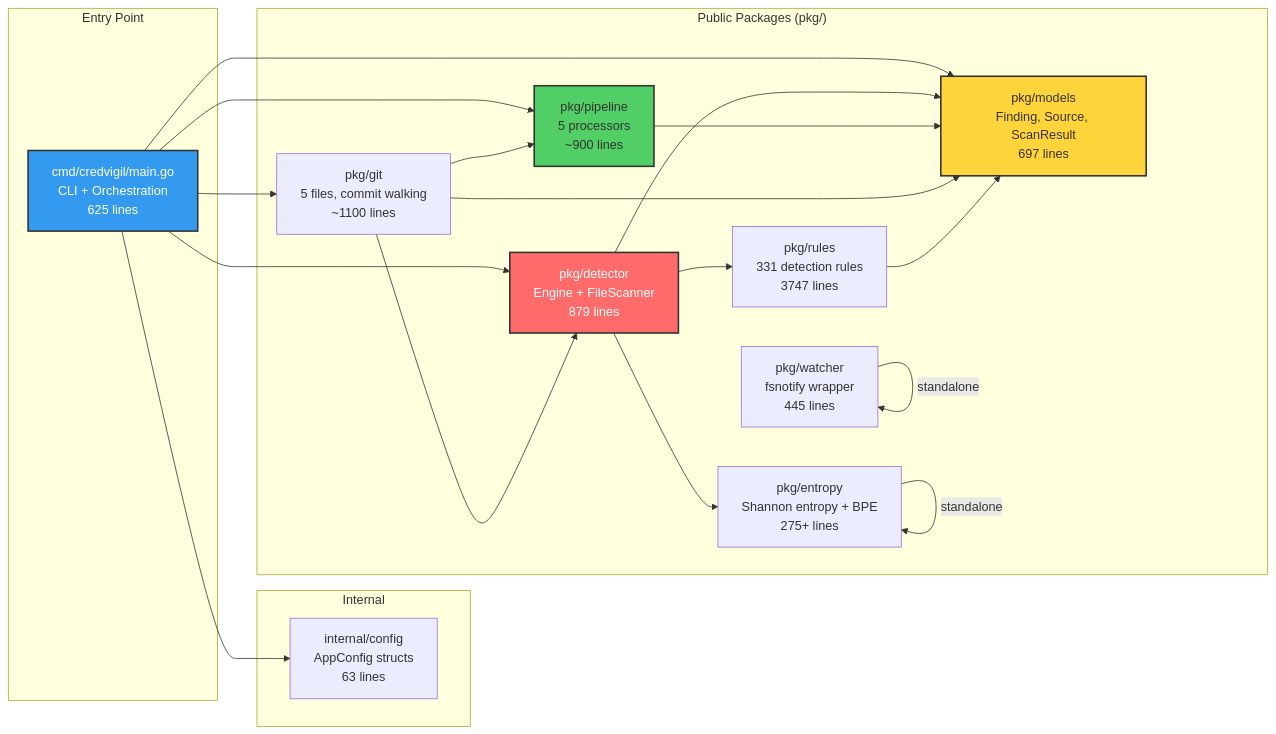
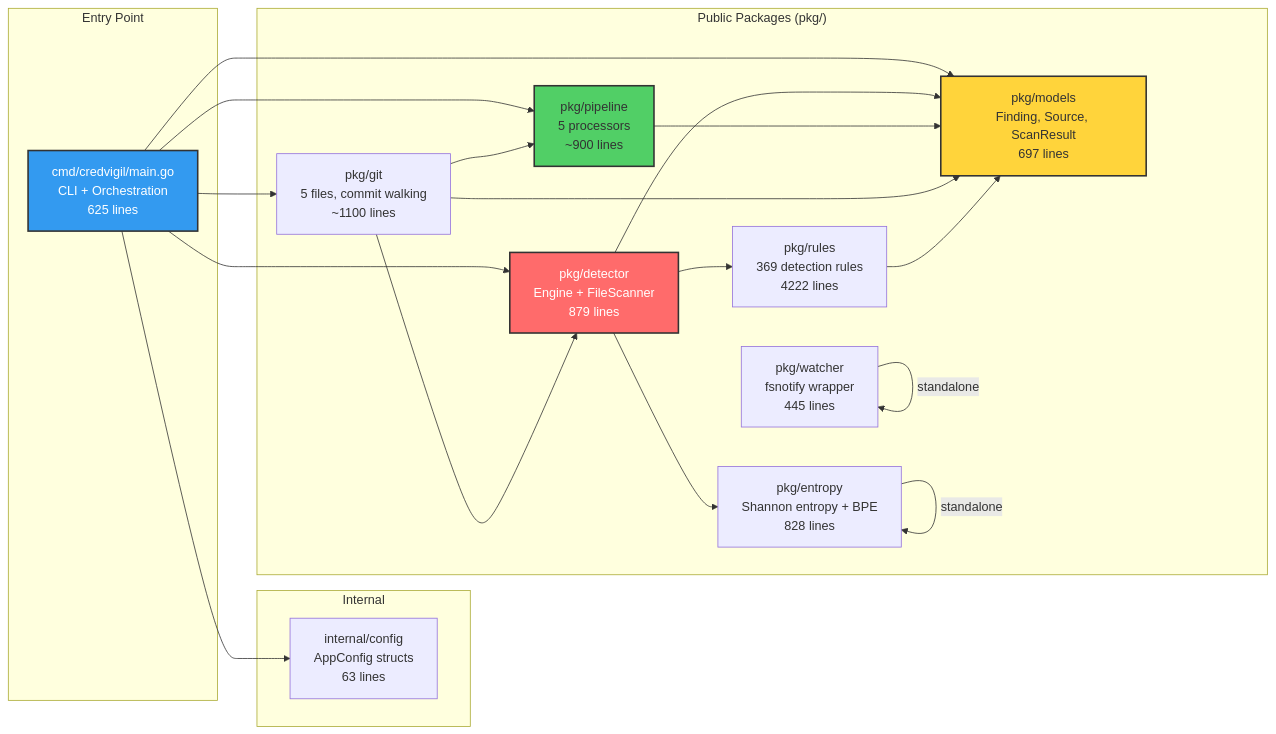
Before and after one commit to svemulapati/CredVigil: the second of 60 diagrams in docs/training/00-System-Design.md, drawn with Mermaid. The commit also changed other lines of this file and 20 other files, not shown here.

````diff
--- a/docs/training/00-System-Design.md
+++ b/docs/training/00-System-Design.md
@@ -141,46 +141,46 @@
 ```mermaid
 graph LR
     subgraph "Entry Point"
         CMD["cmd/credvigil/main.go<br/>CLI + Orchestration<br/>625 lines"]
     end
 
     subgraph "Internal"
         CFG["internal/config<br/>AppConfig structs<br/>63 lines"]
     end
 
     subgraph "Public Packages (pkg/)"
         MODELS["pkg/models<br/>Finding, Source, ScanResult<br/>697 lines"]
-        RULES["pkg/rules<br/>331 detection rules<br/>3747 lines"]
-        ENTROPY["pkg/entropy<br/>Shannon entropy + BPE<br/>275+ lines"]
+        RULES["pkg/rules<br/>369 detection rules<br/>4222 lines"]
+        ENTROPY["pkg/entropy<br/>Shannon entropy + BPE<br/>828 lines"]
         DETECTOR["pkg/detector<br/>Engine + FileScanner<br/>879 lines"]
         PIPELINE["pkg/pipeline<br/>5 processors<br/>~900 lines"]
         GITPKG["pkg/git<br/>5 files, commit walking<br/>~1100 lines"]
         WATCHER["pkg/watcher<br/>fsnotify wrapper<br/>445 lines"]
     end
 
     CMD --> CFG
     CMD --> MODELS
     CMD --> DETECTOR
     CMD --> PIPELINE
     CMD --> GITPKG
 
     DETECTOR --> MODELS
     DETECTOR --> RULES
     DETECTOR --> ENTROPY
 
     PIPELINE --> MODELS
 
     GITPKG --> MODELS
     GITPKG --> DETECTOR
     GITPKG --> PIPELINE
 
     WATCHER --> |standalone| WATCHER
 
     RULES --> MODELS
     ENTROPY --> |standalone| ENTROPY
 
     style CMD fill:#339af0,stroke:#333,stroke-width:2px,color:#fff
     style MODELS fill:#ffd43b,stroke:#333,stroke-width:2px
     style DETECTOR fill:#ff6b6b,stroke:#333,stroke-width:2px,color:#fff
     style PIPELINE fill:#51cf66,stroke:#333,stroke-width:2px
 ```
````
